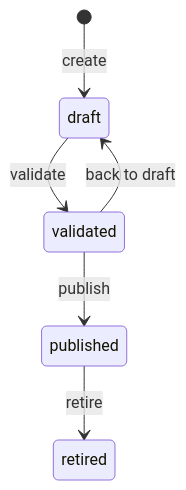
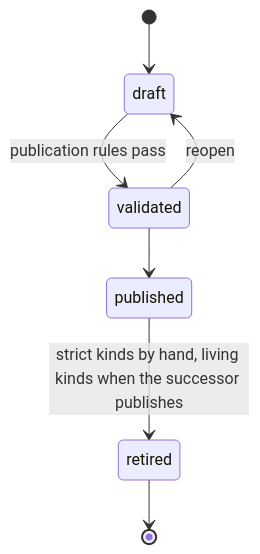
The diagram in api/docs/architecture/04-version-lifecycle.md (chrisaliotta/Quantalytix.QueryEngine.Admin), drawn with Mermaid before and after one commit. The commit also changed other lines of this file and 7 other files, not shown here.

Commit message:
Rewrite the API README and architecture docs for the change-set API

````diff
--- a/api/docs/architecture/04-version-lifecycle.md
+++ b/api/docs/architecture/04-version-lifecycle.md
@@ -11,8 +24,9 @@
 ```mermaid
 stateDiagram-v2
-    [*] --> draft : create
-    draft --> validated : validate
-    validated --> draft : back to draft
-    validated --> published : publish
-    published --> retired : retire
+    [*] --> draft
+    draft --> validated : publication rules pass
+    validated --> draft : reopen
+    validated --> published
+    published --> retired : strict kinds by hand, living kinds when the successor publishes
+    retired --> [*]
 ```
````
